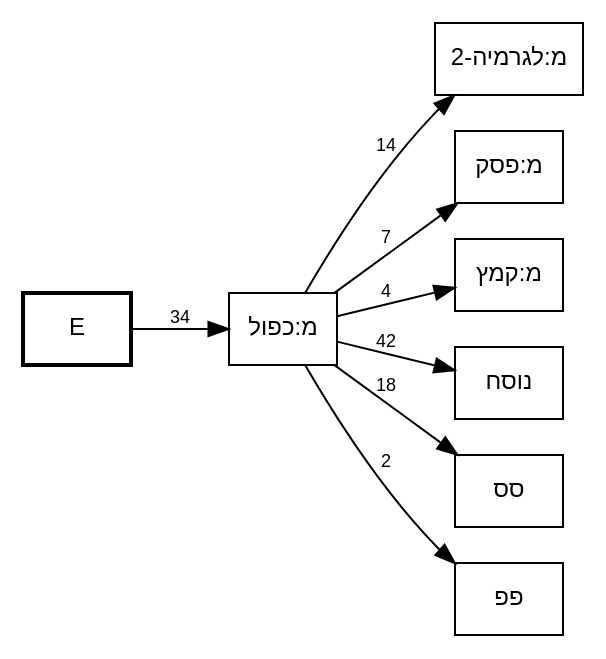
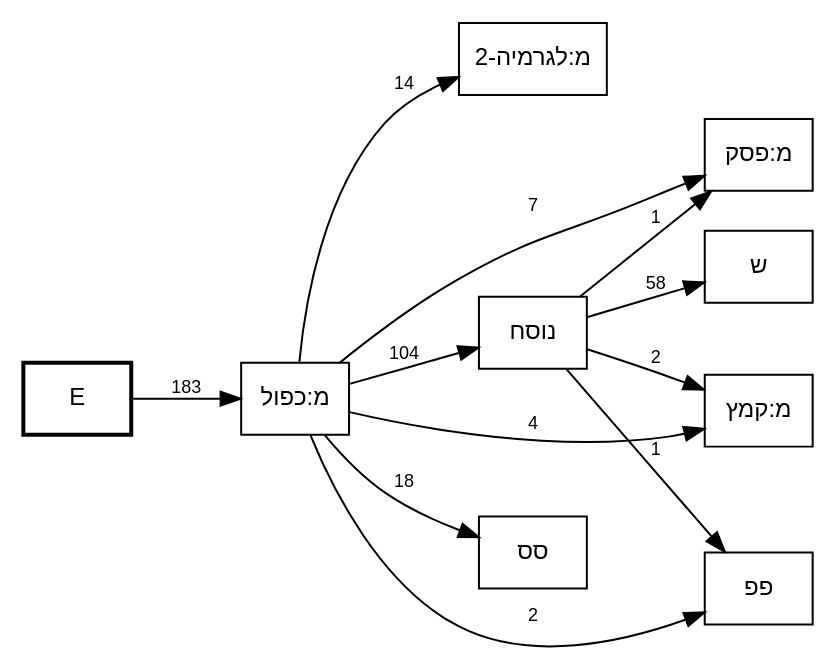
The diagram in out/MAM-tmpl-survey/plus-kaful-call-graph.dot (bdenckla/MAM-basics), drawn with Graphviz before and after one commit. The commit also changed 11 other files, not shown here.

First line of the commit message:
Scope focused call-graph edge counts to target-involving stacks

```diff
--- a/out/MAM-tmpl-survey/plus-kaful-call-graph.dot
+++ b/out/MAM-tmpl-survey/plus-kaful-call-graph.dot
@@ -1,24 +1,28 @@
 // This file was generated by MAM-basics/py/main_tmpl_survey.py.
 // Do not edit by hand.
 digraph template_call_graph {
     rankdir=LR;
     node [fontname="SBL Hebrew,Helvetica", fontsize=12];
     edge [fontname="Helvetica", fontsize=9];
     graph [comment="This file was generated by MAM-basics/py/main_tmpl_survey.py."];
 
     // Column nodes
     node [shape=box, style=bold];
     "E";
 
     // Template nodes
     node [shape=box, style=""];
 
     // Edges
-    "E" -> "מ:כפול" [label="34"];
+    "E" -> "מ:כפול" [label="183"];
     "מ:כפול" -> "מ:לגרמיה-2" [label="14"];
     "מ:כפול" -> "מ:פסק" [label="7"];
     "מ:כפול" -> "מ:קמץ" [label="4"];
-    "מ:כפול" -> "נוסח" [label="42"];
+    "מ:כפול" -> "נוסח" [label="104"];
     "מ:כפול" -> "סס" [label="18"];
     "מ:כפול" -> "פפ" [label="2"];
+    "נוסח" -> "מ:פסק" [label="1"];
+    "נוסח" -> "מ:קמץ" [label="2"];
+    "נוסח" -> "פפ" [label="1"];
+    "נוסח" -> "ש" [label="58"];
 }
```
